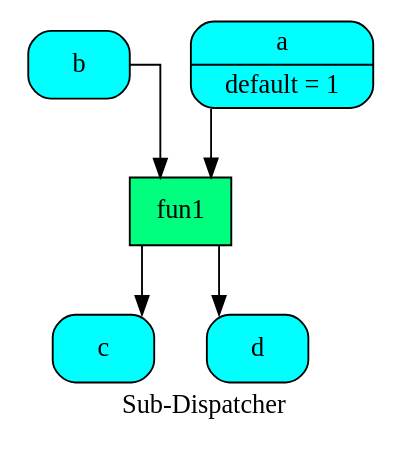
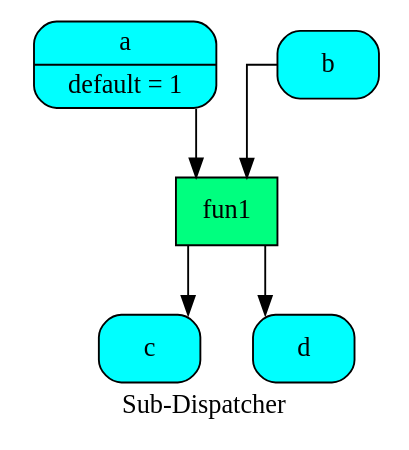
One commit to vinci1it2000/schedula changed the diagram in doc/dispatcher/__init__/get_sub_dsp_from_workflow/sub_dsp1.dot. Above: the diagram before and after it, drawn with Graphviz. The commit also changed 27 other files, not shown here.

```diff
--- a/doc/dispatcher/__init__/get_sub_dsp_from_workflow/sub_dsp1.dot
+++ b/doc/dispatcher/__init__/get_sub_dsp_from_workflow/sub_dsp1.dot
@@ -1,15 +1,15 @@
 digraph "Sub-Dispatcher" {
 	graph [ratio=1]
 	node [style=filled]
+	label = "Sub-Dispatcher"
 	splines = ortho
-	label = "Sub-Dispatcher"
-		"Sub-Dispatcher_-4863238121632644504" [label="{ b  }" fillcolor=cyan shape=Mrecord]
-		"Sub-Dispatcher_8721549986406843372" [label="{ fun1  }" fillcolor=springgreen shape=record]
-		"Sub-Dispatcher_-7525193253846915964" [label="{ c  }" fillcolor=cyan shape=Mrecord]
-		"Sub-Dispatcher_2204486394149653195" [label="{ d  }" fillcolor=cyan shape=Mrecord]
-		"Sub-Dispatcher_5281915415694126460" [label="{ a | default = 1 }" fillcolor=cyan shape=Mrecord]
-			"Sub-Dispatcher_-4863238121632644504" -> "Sub-Dispatcher_8721549986406843372"
-			"Sub-Dispatcher_8721549986406843372" -> "Sub-Dispatcher_2204486394149653195"
-			"Sub-Dispatcher_8721549986406843372" -> "Sub-Dispatcher_-7525193253846915964"
-			"Sub-Dispatcher_5281915415694126460" -> "Sub-Dispatcher_8721549986406843372"
+		"Sub-Dispatcher_5285838715725610368" [label="{ a | default = 1 }" fillcolor=cyan shape=Mrecord]
+		"Sub-Dispatcher_-5822530889354609296" [label="{ fun1  }" fillcolor=springgreen shape=record]
+		"Sub-Dispatcher_842756815190668186" [label="{ b  }" fillcolor=cyan shape=Mrecord]
+		"Sub-Dispatcher_-1283898629557077595" [label="{ c  }" fillcolor=cyan shape=Mrecord]
+		"Sub-Dispatcher_-4776872530784439559" [label="{ d  }" fillcolor=cyan shape=Mrecord]
+			"Sub-Dispatcher_5285838715725610368" -> "Sub-Dispatcher_-5822530889354609296"
+			"Sub-Dispatcher_-5822530889354609296" -> "Sub-Dispatcher_-4776872530784439559"
+			"Sub-Dispatcher_-5822530889354609296" -> "Sub-Dispatcher_-1283898629557077595"
+			"Sub-Dispatcher_842756815190668186" -> "Sub-Dispatcher_-5822530889354609296"
 }
```
